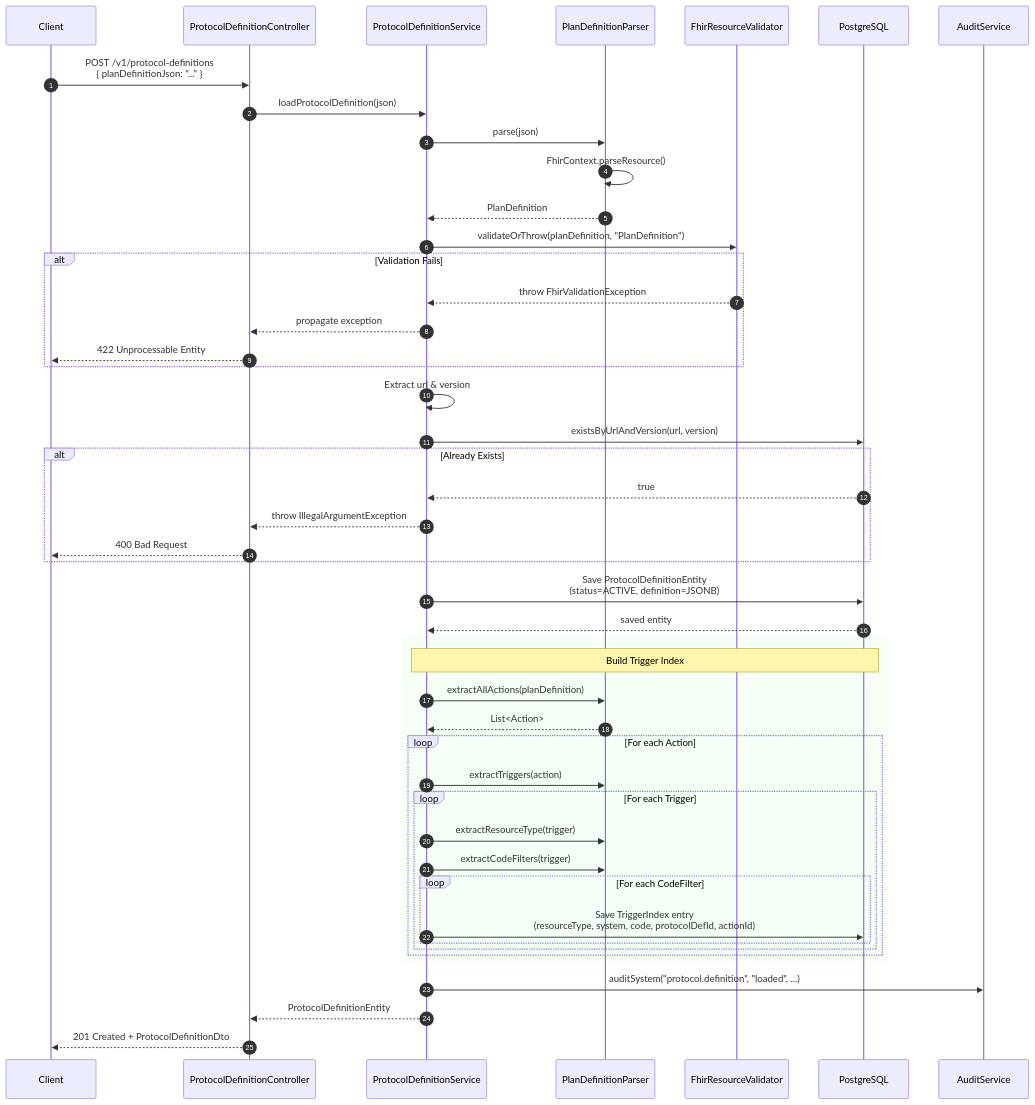
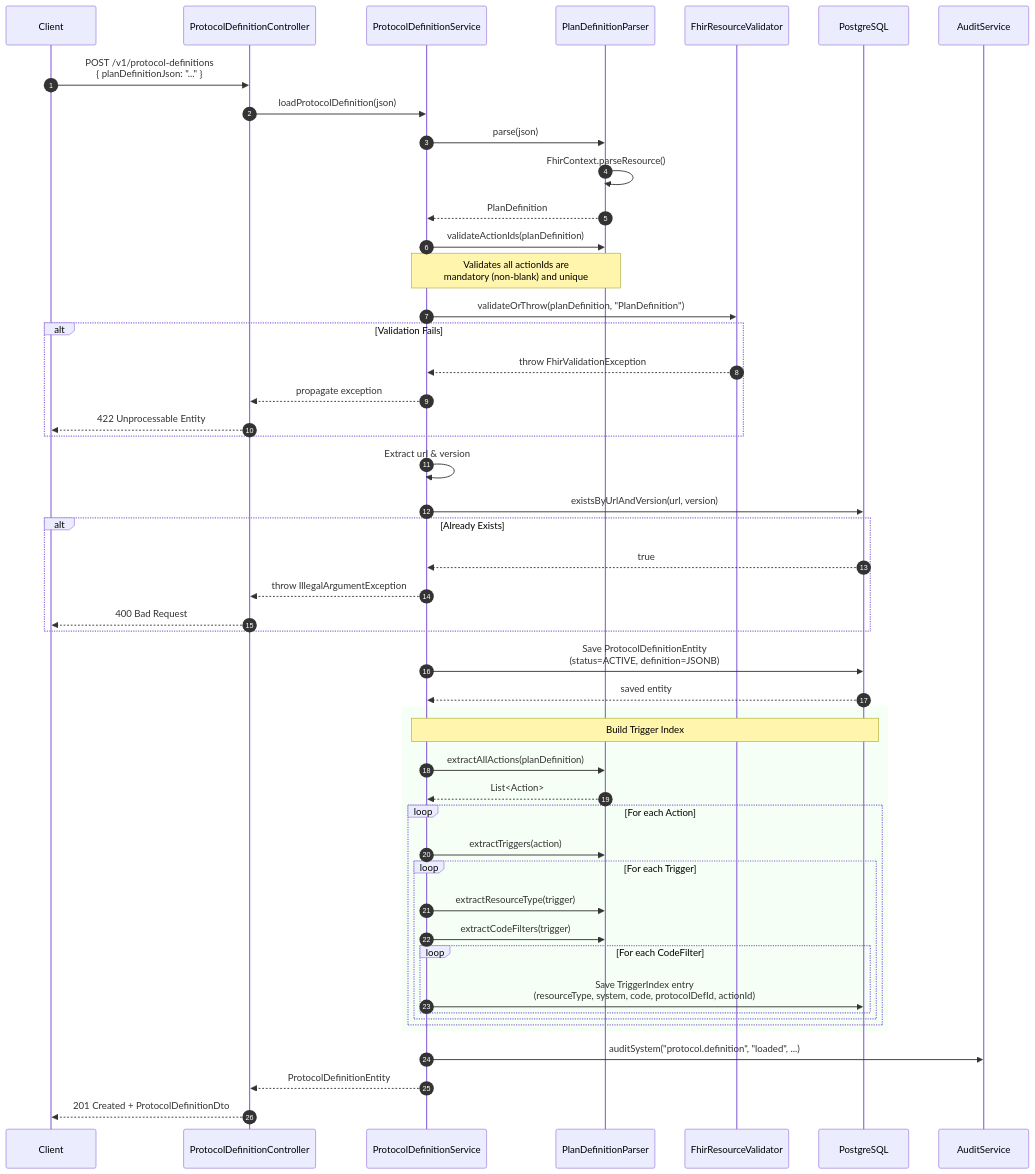
The second of 11 diagrams in docs/flow-diagrams.md (Jayaprakash8887/cce-compliance-service), drawn with Mermaid before and after one commit. The commit also changed other lines of this file and 7 other files, not shown here.

````diff
--- a/docs/flow-diagrams.md
+++ b/docs/flow-diagrams.md
@@ -115,57 +115,60 @@
 ```mermaid
 sequenceDiagram
     autonumber
     participant Client
     participant Controller as ProtocolDefinitionController
     participant Service as ProtocolDefinitionService
     participant Parser as PlanDefinitionParser
     participant Validator as FhirResourceValidator
     participant DB as PostgreSQL
     participant Audit as AuditService
 
     Client->>Controller: POST /v1/protocol-definitions<br/>{ planDefinitionJson: "..." }
     Controller->>Service: loadProtocolDefinition(json)
 
     Service->>Parser: parse(json)
     Parser->>Parser: FhirContext.parseResource()
     Parser-->>Service: PlanDefinition
+
+    Service->>Parser: validateActionIds(planDefinition)
+    Note over Service,Parser: Validates all actionIds are<br/>mandatory (non-blank) and unique
 
     Service->>Validator: validateOrThrow(planDefinition, "PlanDefinition")
     alt Validation Fails
         Validator-->>Service: throw FhirValidationException
         Service-->>Controller: propagate exception
         Controller-->>Client: 422 Unprocessable Entity
     end
 
     Service->>Service: Extract url & version
     Service->>DB: existsByUrlAndVersion(url, version)
     alt Already Exists
         DB-->>Service: true
         Service-->>Controller: throw IllegalArgumentException
         Controller-->>Client: 400 Bad Request
     end
 
     Service->>DB: Save ProtocolDefinitionEntity<br/>(status=ACTIVE, definition=JSONB)
     DB-->>Service: saved entity
 
     rect rgb(245, 255, 245)
         Note over Service,DB: Build Trigger Index
         Service->>Parser: extractAllActions(planDefinition)
         Parser-->>Service: List<Action>
 
         loop For each Action
             Service->>Parser: extractTriggers(action)
             loop For each Trigger
                 Service->>Parser: extractResourceType(trigger)
                 Service->>Parser: extractCodeFilters(trigger)
                 loop For each CodeFilter
                     Service->>DB: Save TriggerIndex entry<br/>(resourceType, system, code, protocolDefId, actionId)
                 end
             end
         end
     end
 
     Service->>Audit: auditSystem("protocol.definition", "loaded", ...)
     Service-->>Controller: ProtocolDefinitionEntity
     Controller-->>Client: 201 Created + ProtocolDefinitionDto
 ```
````
